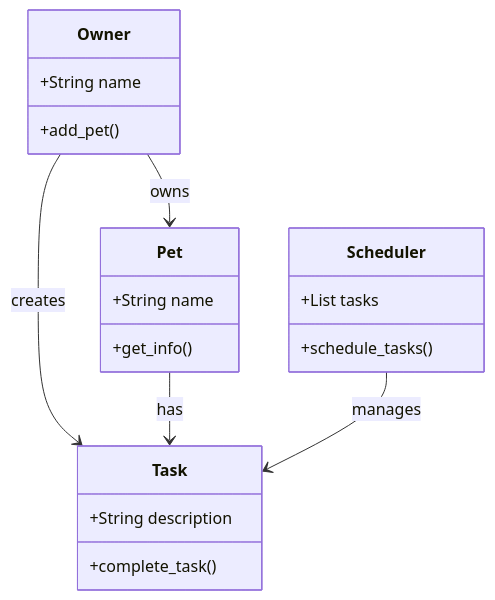
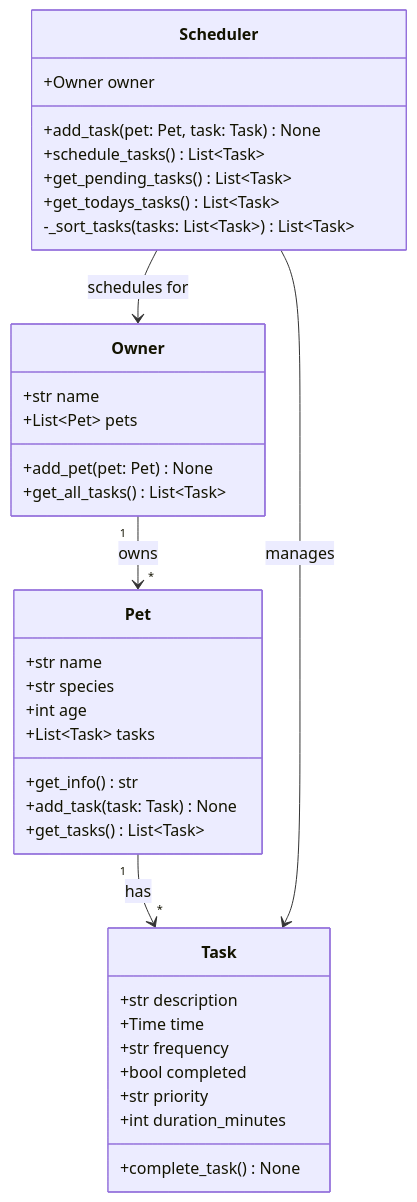
The diagram in diagrams/uml.mmd (cramirezcruz2/ai110-module2show-pawpal-starter), drawn with Mermaid before and after one commit. The commit also changed 4 other files, not shown here.

```diff
--- a/diagrams/uml.mmd
+++ b/diagrams/uml.mmd
@@ -1,28 +1,41 @@
 classDiagram
-    %% Replace the placeholders below with your actual classes, attributes, methods, and relationships.
-    %% Keep this file updated so it matches your final implementation.
+    class Owner {
+        +str name
+        +List~Pet~ pets
+        +add_pet(pet: Pet) None
+        +get_all_tasks() List~Task~
+    }
 
-    class Owner { 
-        +String name
-        +add_pet() 
-    } 
- 
-    class Pet { 
-        +String name
-        +get_info() 
+    class Pet {
+        +str name
+        +str species
+        +int age
+        +List~Task~ tasks
+        +get_info() str
+        +add_task(task: Task) None
+        +get_tasks() List~Task~
     }
 
     class Task {
-        +String description
-        +complete_task()
+        +str description
+        +Time time
+        +str frequency
+        +bool completed
+        +str priority
+        +int duration_minutes
+        +complete_task() None
     }
 
     class Scheduler {
-        +List tasks
-        +schedule_tasks()
+        +Owner owner
+        +add_task(pet: Pet, task: Task) None
+        +schedule_tasks() List~Task~
+        +get_pending_tasks() List~Task~
+        +get_todays_tasks() List~Task~
+        -_sort_tasks(tasks: List~Task~) List~Task~
     }
 
-    Owner --> Pet : owns
-    Owner --> Task : creates
-    Pet --> Task : has
+    Owner "1" --> "*" Pet : owns
+    Pet "1" --> "*" Task : has
+    Scheduler --> Owner : schedules for
     Scheduler --> Task : manages
```
